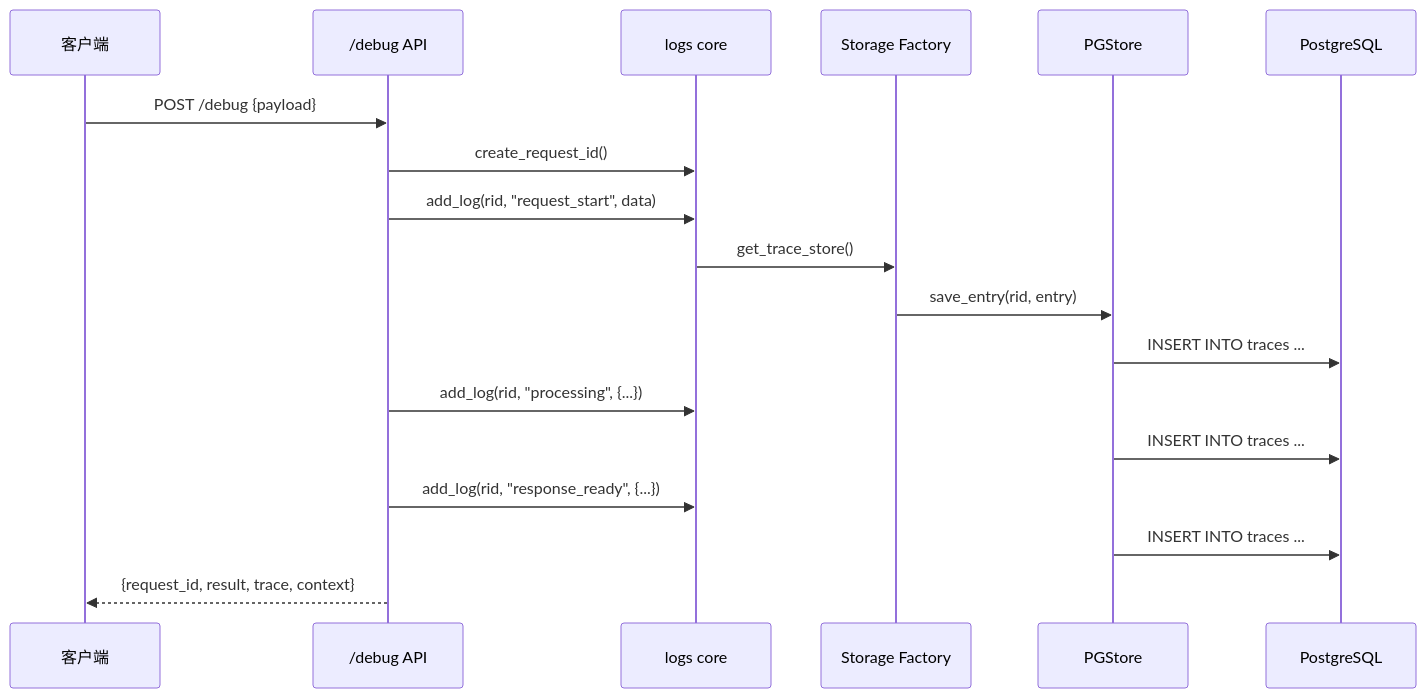
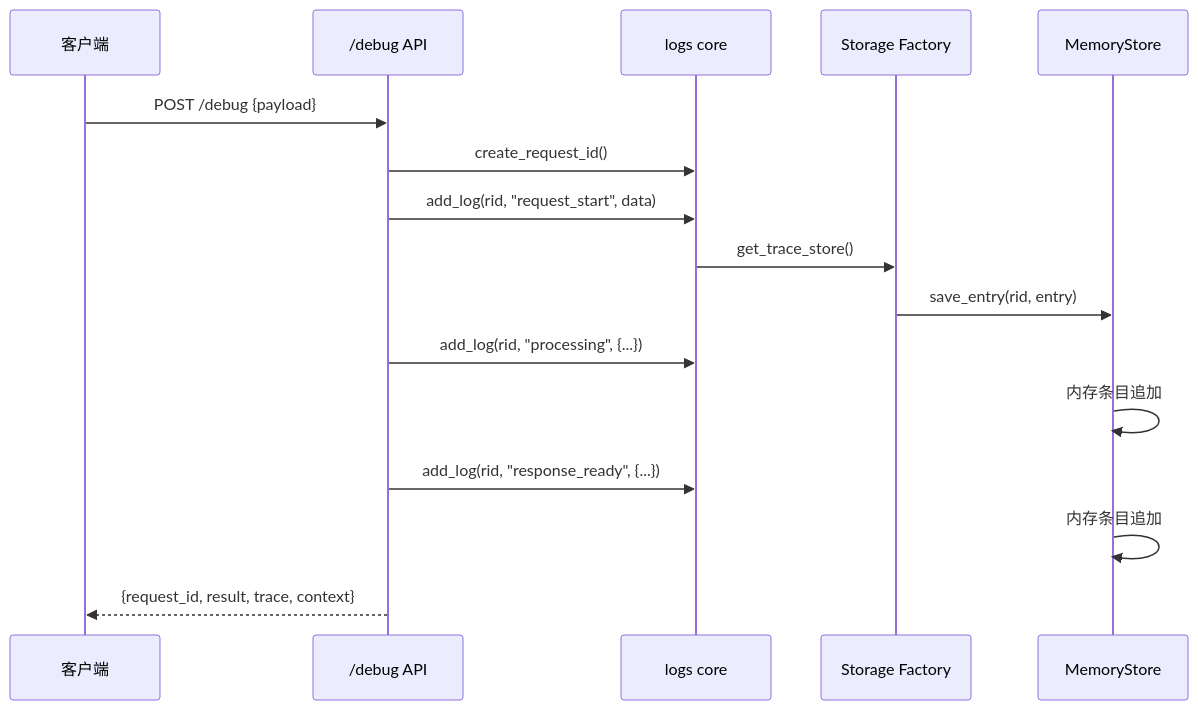
The sixth of 11 diagrams in docs/public/DESIGN.md (lujoai/Lujo-MCP), drawn with Mermaid before and after one commit. The commit also changed other lines of this file and 16 other files, not shown here.

Commit message:
docs(storage): close PostgreSQL removal documentation

````diff
--- a/docs/public/DESIGN.md
+++ b/docs/public/DESIGN.md
@@ -727,21 +706,19 @@
 ```mermaid
 sequenceDiagram
     participant C as 客户端
     participant API as /debug API
     participant Logs as logs core
     participant Factory as Storage Factory
-    participant PG as PGStore
-    participant DB as PostgreSQL
+    participant MEM as MemoryStore
 
     C->>API: POST /debug {payload}
     API->>Logs: create_request_id()
     API->>Logs: add_log(rid, "request_start", data)
     Logs->>Factory: get_trace_store()
-    Factory->>PG: save_entry(rid, entry)
-    PG->>DB: INSERT INTO traces ...
+    Factory->>MEM: save_entry(rid, entry)
     API->>Logs: add_log(rid, "processing", {...})
-    PG->>DB: INSERT INTO traces ...
+    MEM->>MEM: 内存条目追加
     API->>Logs: add_log(rid, "response_ready", {...})
-    PG->>DB: INSERT INTO traces ...
+    MEM->>MEM: 内存条目追加
     API-->>C: {request_id, result, trace, context}
 ```
````
